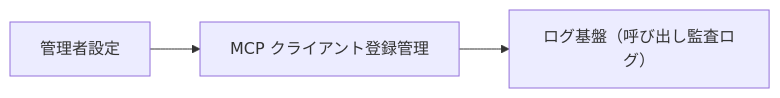
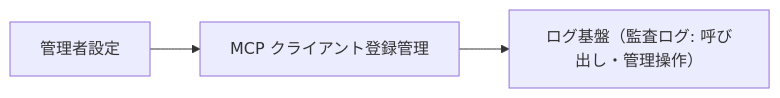
The diagram in docs/screens/SC-12_mcp-client-management.md (endazon/microservices-platform), drawn with Mermaid before and after one commit. The commit also changed other lines of this file and 46 other files, not shown here.

````diff
--- a/docs/screens/SC-12_mcp-client-management.md
+++ b/docs/screens/SC-12_mcp-client-management.md
@@ -119,5 +123,5 @@
 ```mermaid
 flowchart LR
   A[管理者設定] --> B[MCP クライアント登録管理]
-  B --> C[ログ基盤（呼び出し監査ログ）]
+  B --> C[ログ基盤（監査ログ: 呼び出し・管理操作）]
 ```
````
